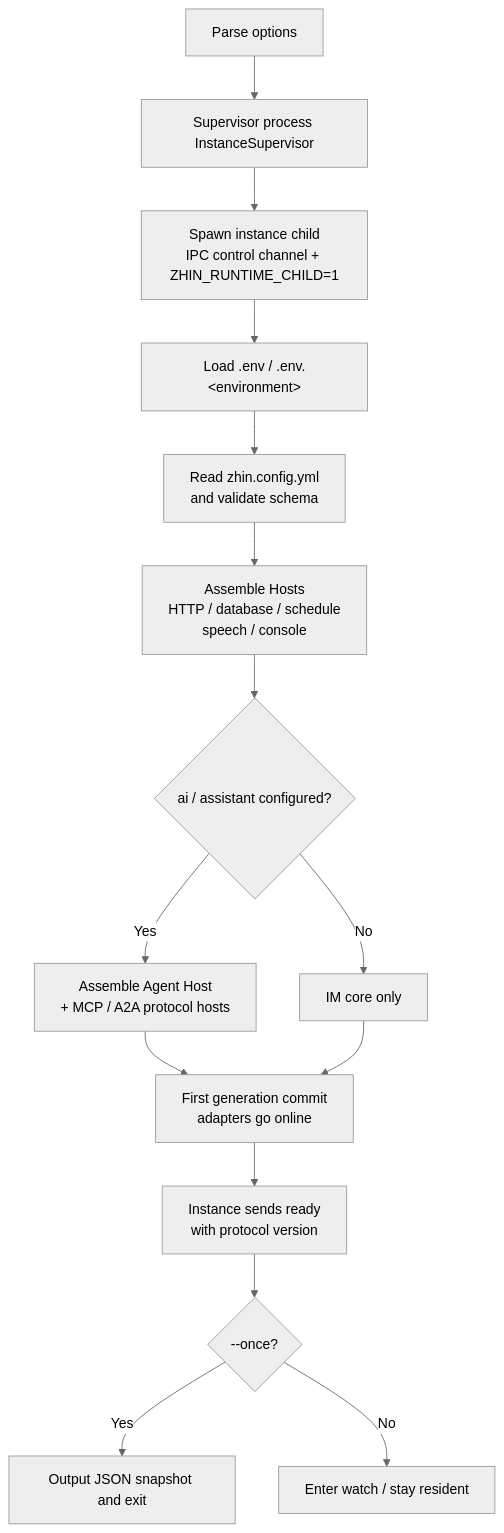
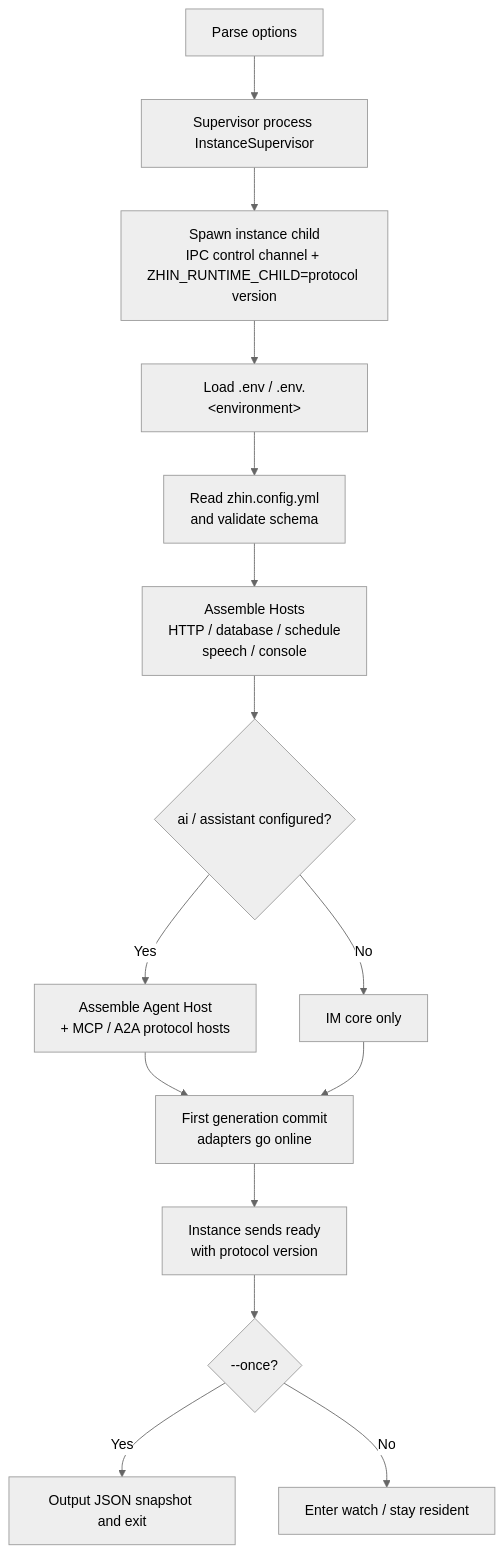
Before and after one commit to zhinjs/zhin: the diagram in docs/en/cli/runtime.md, drawn with Mermaid (neutral theme). The commit also changed other lines of this file and 30 other files, not shown here.

````diff
--- a/docs/en/cli/runtime.md
+++ b/docs/en/cli/runtime.md
@@ -63,17 +64,17 @@
 ```mermaid
 flowchart TD
     A[Parse options] --> B[Supervisor process InstanceSupervisor]
-    B --> C[Spawn instance child<br/>IPC control channel + ZHIN_RUNTIME_CHILD=1]
+    B --> C[Spawn instance child<br/>IPC control channel + ZHIN_RUNTIME_CHILD=protocol version]
     C --> D[Load .env / .env.&lt;environment&gt;]
     D --> E[Read zhin.config.yml<br/>and validate schema]
     E --> F[Assemble Hosts<br/>HTTP / database / schedule<br/>speech / console]
     F --> G{ai / assistant configured?}
     G -- Yes --> H[Assemble Agent Host<br/>+ MCP / A2A protocol hosts]
     G -- No --> I[IM core only]
     H --> J[First generation commit<br/>adapters go online]
     I --> J
     J --> R[Instance sends ready<br/>with protocol version]
     R --> K{--once?}
     K -- Yes --> L[Output JSON snapshot and exit]
     K -- No --> M[Enter watch / stay resident]
 ```
````
